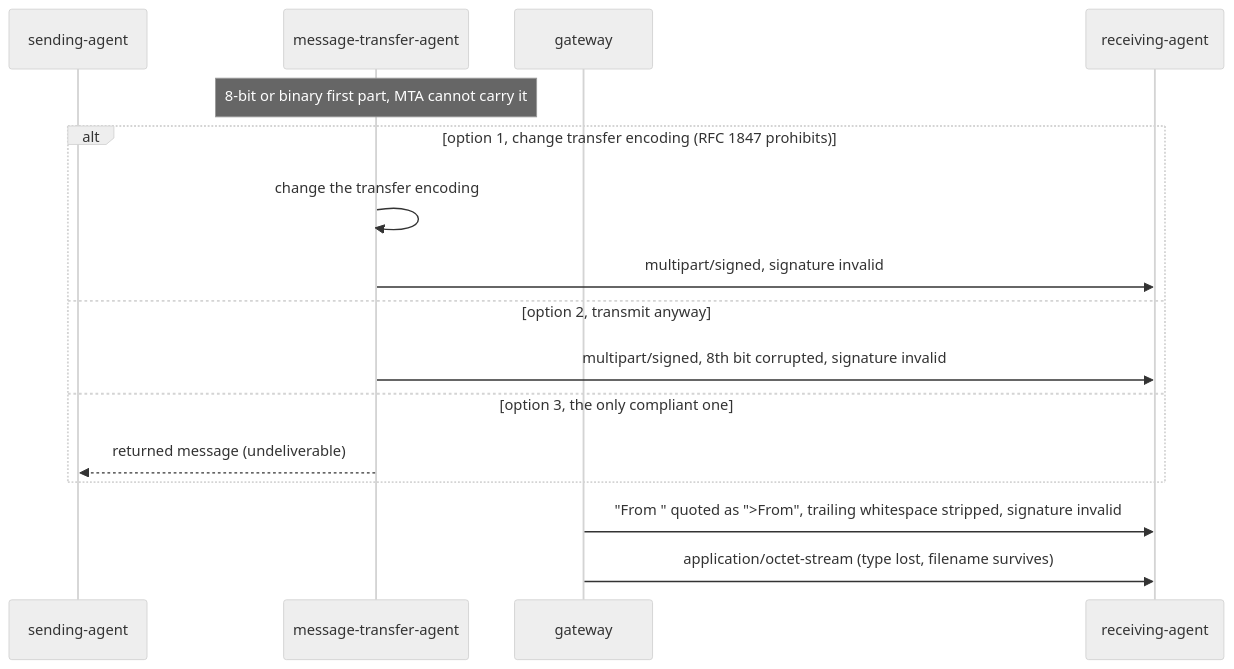
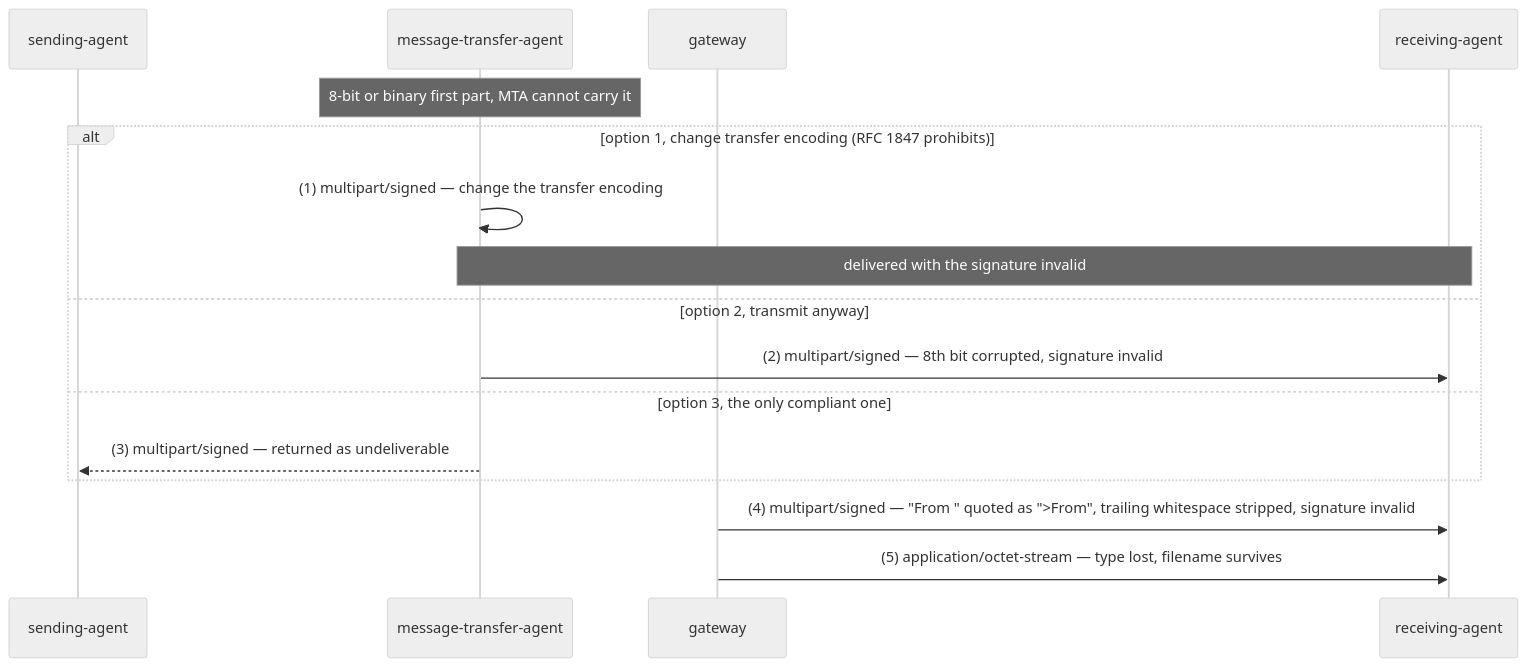
The tenth of 28 diagrams in records/ietf/rfc-8551/distilled/protocol.md (m-of-n/library), drawn with Mermaid (neutral theme) before and after one commit. The commit also changed other lines of this file and 10 other files, not shown here.

````diff
--- a/records/ietf/rfc-8551/distilled/protocol.md
+++ b/records/ietf/rfc-8551/distilled/protocol.md
@@ -258,18 +261,18 @@
 ```mermaid
 sequenceDiagram
   participant SA as sending-agent
   participant MTA as message-transfer-agent
   participant G as gateway
   participant RA as receiving-agent
   Note over MTA: 8-bit or binary first part, MTA cannot carry it
   alt option 1, change transfer encoding (RFC 1847 prohibits)
-    MTA->>MTA: change the transfer encoding
-    MTA->>RA: multipart/signed, signature invalid
+    MTA->>MTA: (1) multipart/signed — change the transfer encoding
+    Note over MTA,RA: delivered with the signature invalid
   else option 2, transmit anyway
-    MTA->>RA: multipart/signed, 8th bit corrupted, signature invalid
+    MTA->>RA: (2) multipart/signed — 8th bit corrupted, signature invalid
   else option 3, the only compliant one
-    MTA-->>SA: returned message (undeliverable)
+    MTA-->>SA: (3) multipart/signed — returned as undeliverable
   end
-  G->>RA: "From " quoted as ">From", trailing whitespace stripped, signature invalid
-  G->>RA: application/octet-stream (type lost, filename survives)
+  G->>RA: (4) multipart/signed — "From " quoted as ">From", trailing whitespace stripped, signature invalid
+  G->>RA: (5) application/octet-stream — type lost, filename survives
 ```
````
